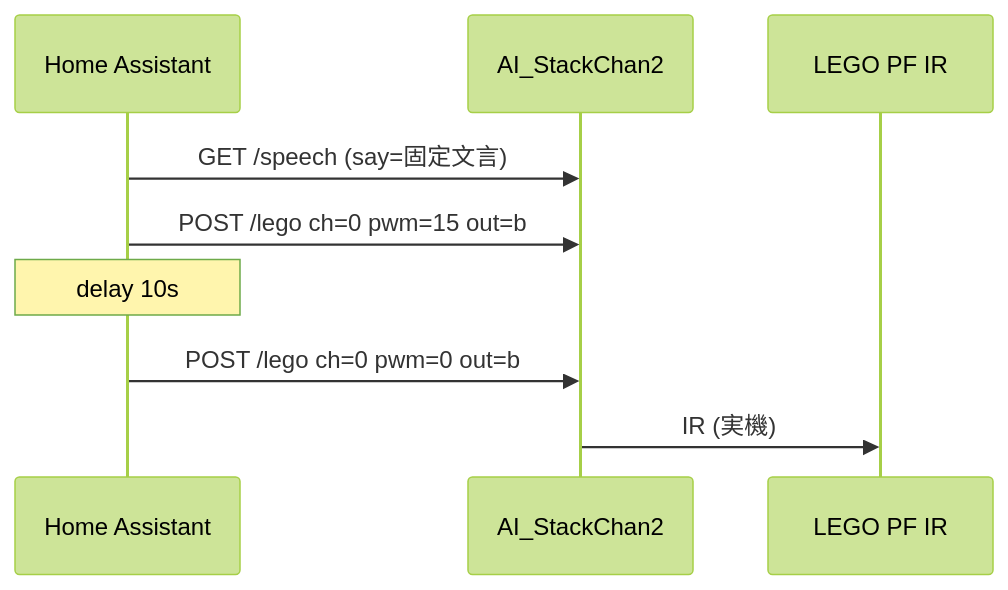
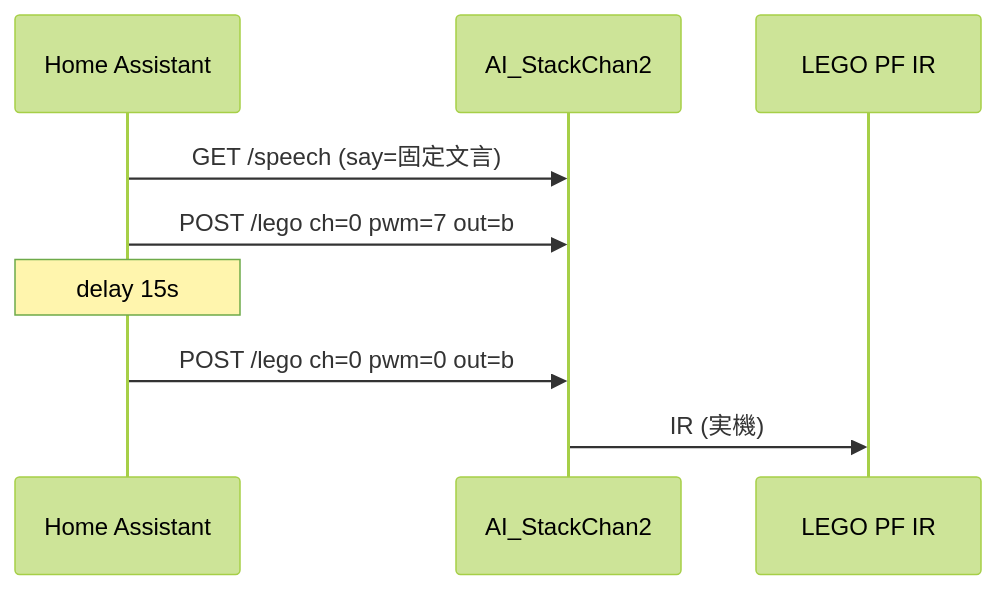
One commit to SeiyaCM/kanden-ai-hackathon changed the diagram in docs/plans/2026-03-23-feat-ha-fatigue-stackchan-high-threshold-plan.md. Above: the diagram before and after it, drawn with Mermaid (forest theme). The commit also changed other lines of this file and 17 other files, not shown here.

````diff
--- a/docs/plans/2026-03-23-feat-ha-fatigue-stackchan-high-threshold-plan.md
+++ b/docs/plans/2026-03-23-feat-ha-fatigue-stackchan-high-threshold-plan.md
@@ -74,12 +74,12 @@
 ```mermaid
 sequenceDiagram
   participant HA as Home Assistant
   participant SC as AI_StackChan2
   participant LEGO as LEGO PF IR
 
   HA->>SC: GET /speech (say=固定文言)
-  HA->>SC: POST /lego ch=0 pwm=15 out=b
-  Note over HA: delay 10s
+  HA->>SC: POST /lego ch=0 pwm=7 out=b
+  Note over HA: delay 15s
   HA->>SC: POST /lego ch=0 pwm=0 out=b
   SC->>LEGO: IR (実機)
 ```
````
